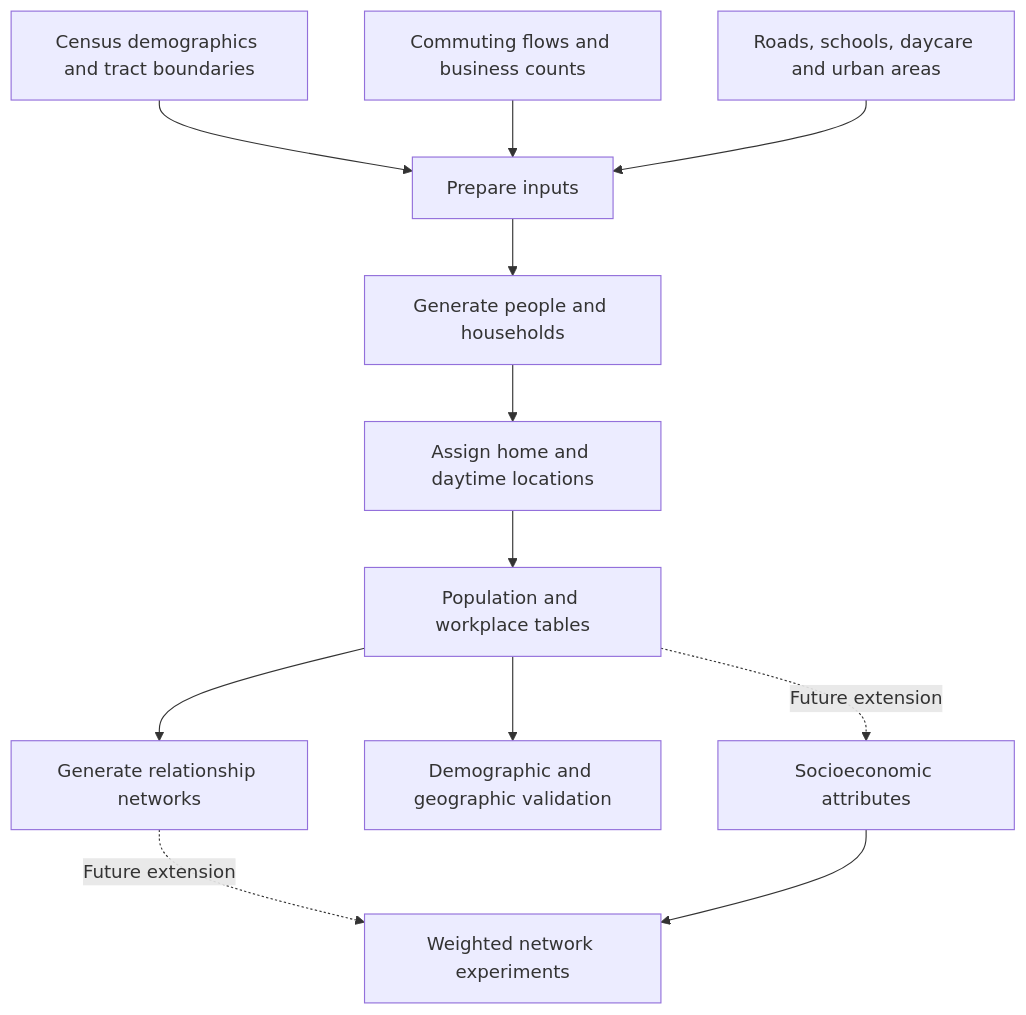
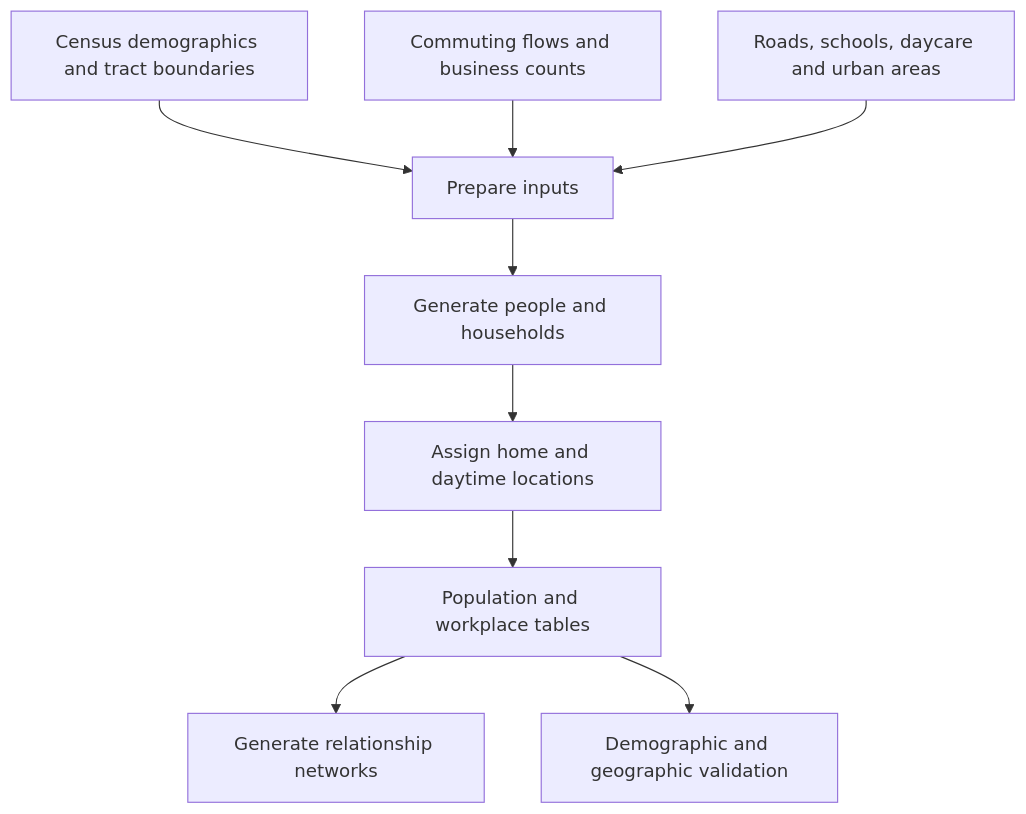
Before and after one commit to scbennion/geo-synthetic-poverty-network: the diagram in README.md, drawn with Mermaid. The commit also changed other lines of this file, not shown here.

````diff
--- a/README.md
+++ b/README.md
@@ -27,14 +27,11 @@
 ```mermaid
 flowchart TD
     A[Census demographics and tract boundaries] --> D[Prepare inputs]
     B[Commuting flows and business counts] --> D
     C[Roads, schools, daycare and urban areas] --> D
     D --> E[Generate people and households]
     E --> F[Assign home and daytime locations]
     F --> G[Population and workplace tables]
     G --> H[Generate relationship networks]
     G --> I[Demographic and geographic validation]
-    G -. Future extension .-> J[Socioeconomic attributes]
-    H -. Future extension .-> K[Weighted network experiments]
-    J --> K
 ```
````
